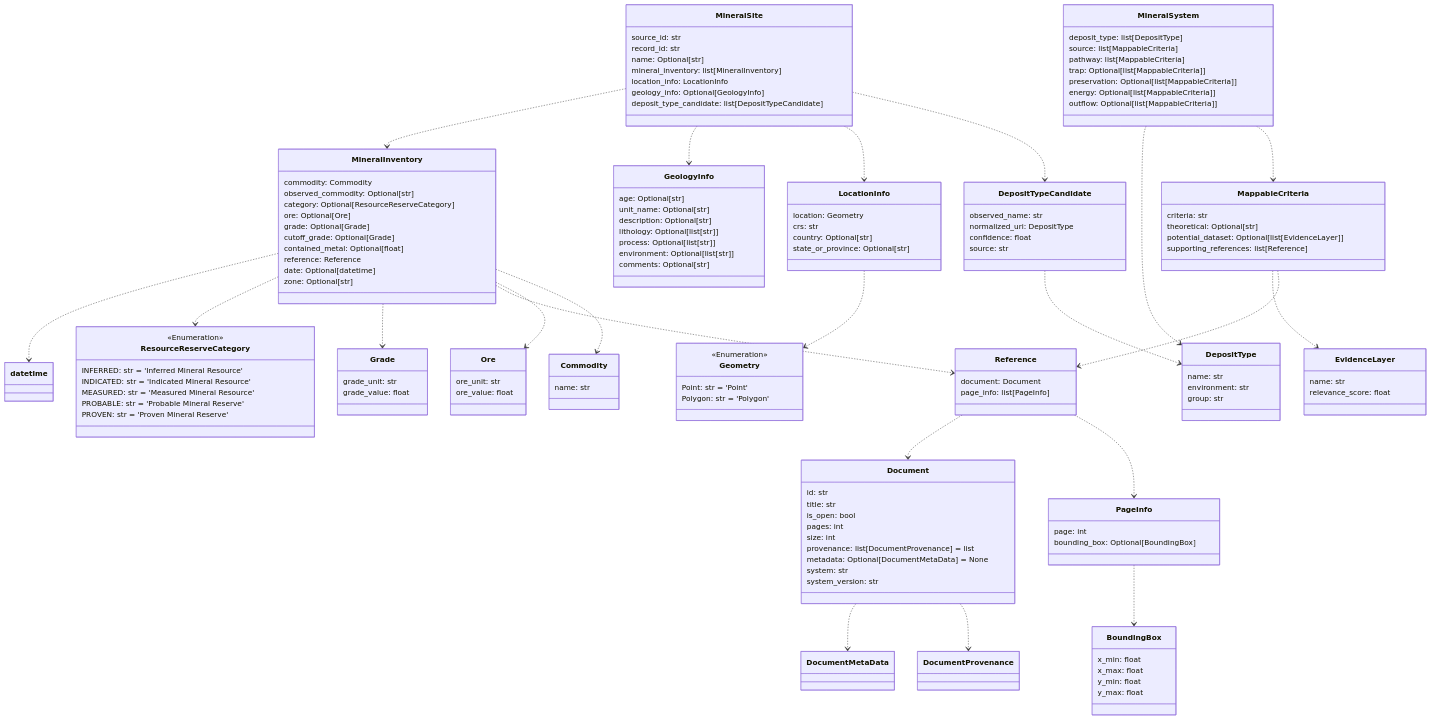
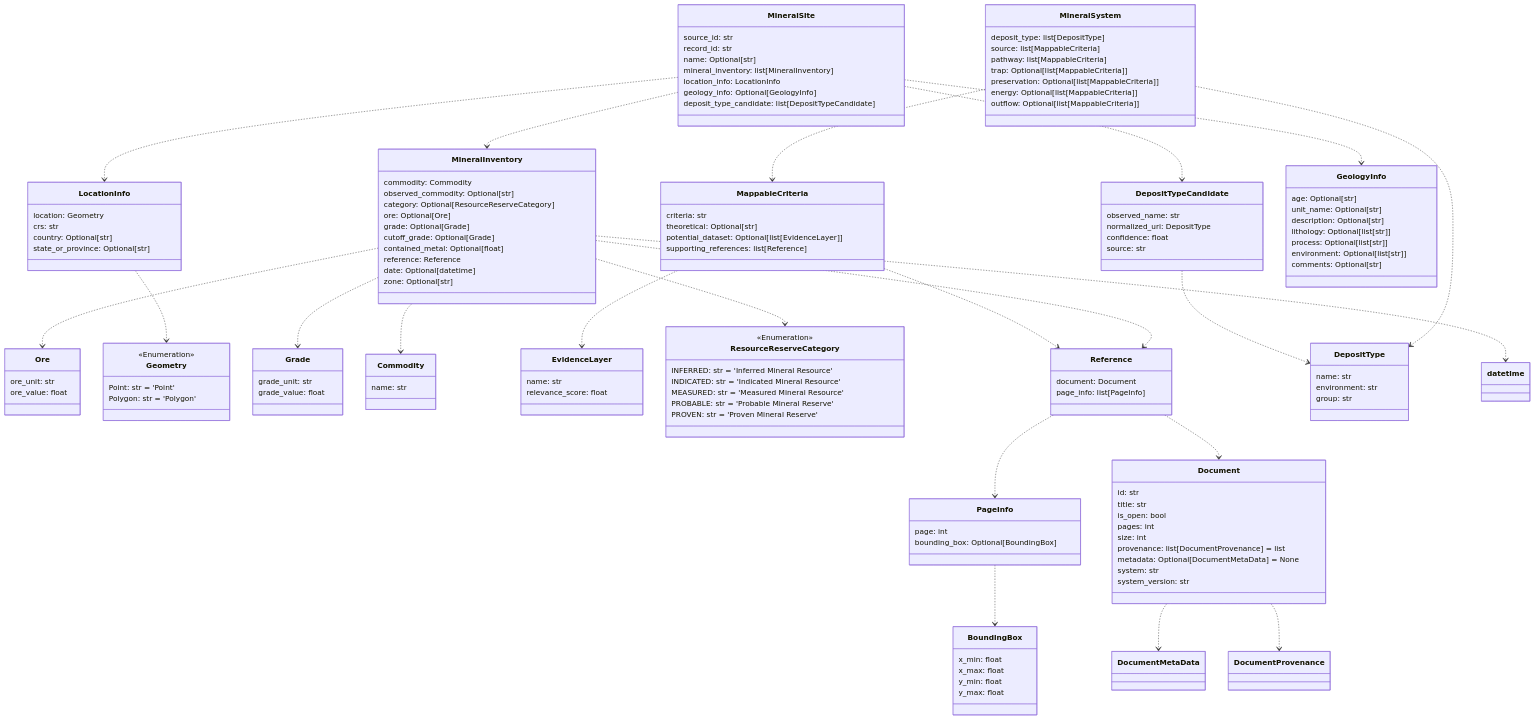
One commit to DARPA-CRITICALMAAS/cdr_schemas changed the tenth of 12 diagrams in README.md. Above: the diagram before and after it, drawn with Mermaid. The commit also changed other lines of this file and 1 other file, not shown here.

Commit message:
Updated suggestions from comments on monday meeting

````diff
--- a/README.md
+++ b/README.md
@@ -648,5 +658,38 @@
 ```mermaid
 classDiagram
+
+    class MineralSite {
+        source_id: str
+        record_id: str
+        name: Optional[str]
+        mineral_inventory: list[MineralInventory]
+        location_info: LocationInfo
+        geology_info: Optional[GeologyInfo]
+        deposit_type_candidate: list[DepositTypeCandidate]
+    }
+
+    class MappableCriteria {
+        criteria: str
+        theoretical: Optional[str]
+        potential_dataset: Optional[list[EvidenceLayer]]
+        supporting_references: list[Reference]
+    }
+
+    class Ore {
+        ore_unit: str
+        ore_value: float
+    }
+
+    class Geometry {
+        <<Enumeration>>
+        Point: str = 'Point'
+        Polygon: str = 'Polygon'
+    }
+
+    class Grade {
+        grade_unit: str
+        grade_value: float
+    }
 
     class Commodity {
         name: str
@@ -659,6 +702,26 @@
         source: str
     }
 
+    class MineralSystem {
+        deposit_type: list[DepositType]
+        source: list[MappableCriteria]
+        pathway: list[MappableCriteria]
+        trap: Optional[list[MappableCriteria]]
+        preservation: Optional[list[MappableCriteria]]
+        energy: Optional[list[MappableCriteria]]
+        outflow: Optional[list[MappableCriteria]]
+    }
+
+    class EvidenceLayer {
+        name: str
+        relevance_score: float
+    }
+
+    class PageInfo {
+        page: int
+        bounding_box: Optional[BoundingBox]
+    }
+
     class Document {
         id: str
         title: str
@@ -669,98 +732,6 @@
         metadata: Optional[DocumentMetaData] = None
         system: str
         system_version: str
-    }
-
-    class MineralSite {
-        source_id: str
-        record_id: str
-        name: Optional[str]
-        mineral_inventory: list[MineralInventory]
-        location_info: LocationInfo
-        geology_info: Optional[GeologyInfo]
-        deposit_type_candidate: list[DepositTypeCandidate]
-    }
-
-    class Geometry {
-        <<Enumeration>>
-        Point: str = 'Point'
-        Polygon: str = 'Polygon'
-    }
-
-    class DepositType {
-        name: str
-        environment: str
-        group: str
-    }
-
-    class MappableCriteria {
-        criteria: str
-        theoretical: Optional[str]
-        potential_dataset: Optional[list[EvidenceLayer]]
-        supporting_references: list[Reference]
-    }
-
-    class Grade {
-        grade_unit: str
-        grade_value: float
-    }
-
-    class LocationInfo {
-        location: Geometry
-        crs: str
-        country: Optional[str]
-        state_or_province: Optional[str]
-    }
-
-    class ResourceReserveCategory {
-        <<Enumeration>>
-        INFERRED: str = 'Inferred Mineral Resource'
-        INDICATED: str = 'Indicated Mineral Resource'
-        MEASURED: str = 'Measured Mineral Resource'
-        PROBABLE: str = 'Probable Mineral Reserve'
-        PROVEN: str = 'Proven Mineral Reserve'
-    }
-
-    class GeologyInfo {
-        age: Optional[str]
-        unit_name: Optional[str]
-        description: Optional[str]
-        lithology: Optional[list[str]]
-        process: Optional[list[str]]
-        environment: Optional[list[str]]
-        comments: Optional[str]
-    }
-
-    class PageInfo {
-        page: int
-        bounding_box: Optional[BoundingBox]
-    }
-
-    class BoundingBox {
-        x_min: float
-        x_max: float
-        y_min: float
-        y_max: float
-    }
-
-    class Reference {
-        document: Document
-        page_info: list[PageInfo]
-    }
-
-    class Ore {
-        ore_unit: str
-        ore_value: float
-    }
-
-    class MineralSystem {
-        deposit_type: list[DepositType]
-        source: list[MappableCriteria]
-        pathway: list[MappableCriteria]
-        trap: Optional[list[MappableCriteria]]
-        preservation: Optional[list[MappableCriteria]]
-        energy: Optional[list[MappableCriteria]]
-        outflow: Optional[list[MappableCriteria]]
     }
 
     class MineralInventory {
@@ -776,13 +747,52 @@
         zone: Optional[str]
     }
 
-    class EvidenceLayer {
-        name: str
-        relevance_score: float
+    class ResourceReserveCategory {
+        <<Enumeration>>
+        INFERRED: str = 'Inferred Mineral Resource'
+        INDICATED: str = 'Indicated Mineral Resource'
+        MEASURED: str = 'Measured Mineral Resource'
+        PROBABLE: str = 'Probable Mineral Reserve'
+        PROVEN: str = 'Proven Mineral Reserve'
     }
 
+    class BoundingBox {
+        x_min: float
+        x_max: float
+        y_min: float
+        y_max: float
+    }
+
+    class Reference {
+        document: Document
+        page_info: list[PageInfo]
+    }
+
+    class LocationInfo {
+        location: Geometry
+        crs: str
+        country: Optional[str]
+        state_or_province: Optional[str]
+    }
+
+    class DepositType {
+        name: str
+        environment: str
+        group: str
+    }
+
+    class GeologyInfo {
+        age: Optional[str]
+        unit_name: Optional[str]
+        description: Optional[str]
+        lithology: Optional[list[str]]
+        process: Optional[list[str]]
+        environment: Optional[list[str]]
+        comments: Optional[str]
+    }
+
+    Document ..> DocumentMetaData
     Document ..> DocumentProvenance
-    Document ..> DocumentMetaData
     DepositTypeCandidate ..> DepositType
     PageInfo ..> BoundingBox
     Reference ..> PageInfo
@@ -791,17 +801,17 @@
     MappableCriteria ..> EvidenceLayer
     MineralSystem ..> MappableCriteria
     MineralSystem ..> DepositType
+    MineralInventory ..> datetime
+    MineralInventory ..> Ore
+    MineralInventory ..> ResourceReserveCategory
+    MineralInventory ..> Grade
+    MineralInventory ..> Reference
     MineralInventory ..> Commodity
-    MineralInventory ..> Ore
-    MineralInventory ..> Reference
-    MineralInventory ..> Grade
-    MineralInventory ..> ResourceReserveCategory
-    MineralInventory ..> datetime
     LocationInfo ..> Geometry
     MineralSite ..> DepositTypeCandidate
+    MineralSite ..> MineralInventory
     MineralSite ..> LocationInfo
     MineralSite ..> GeologyInfo
-    MineralSite ..> MineralInventory
 
 
 ```
````
